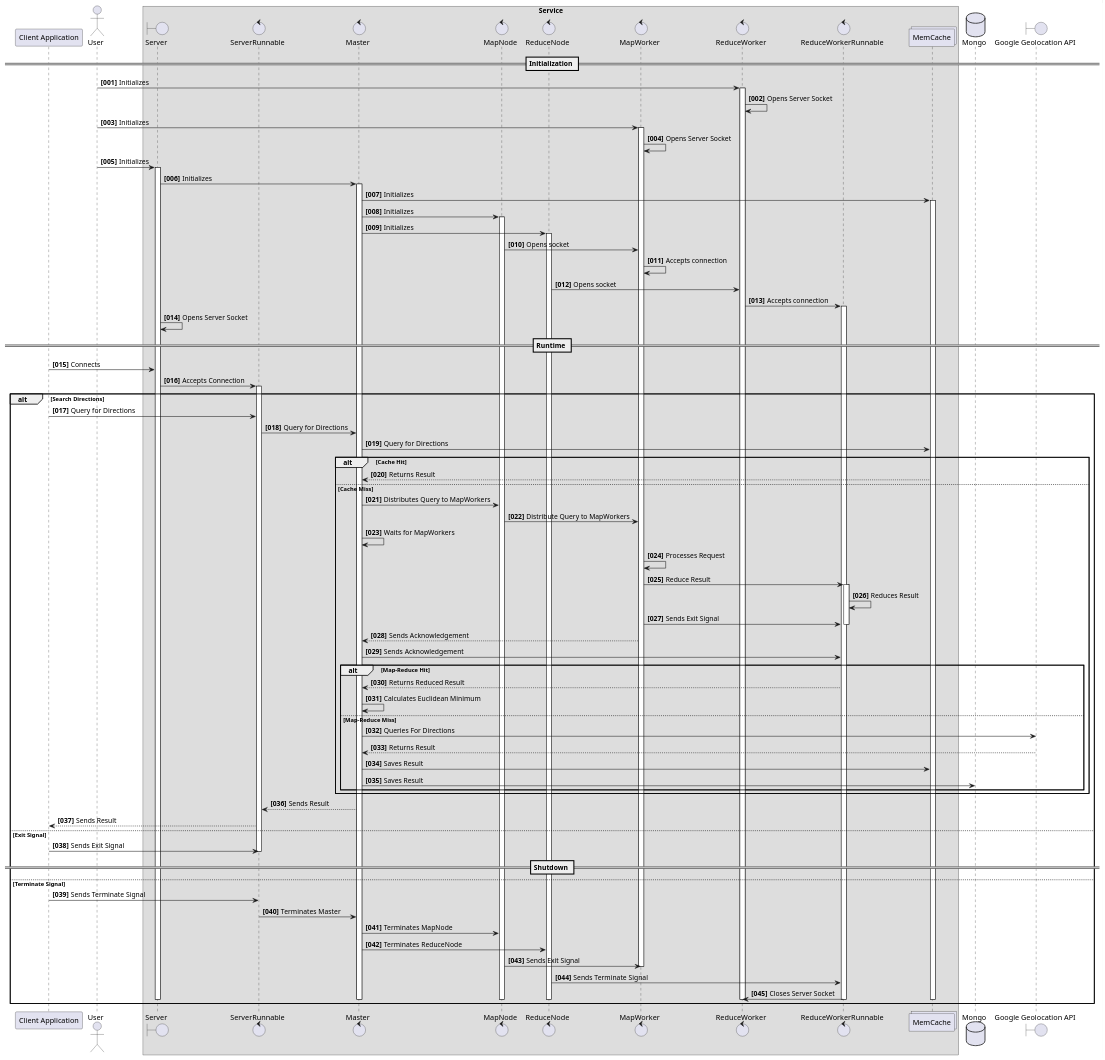
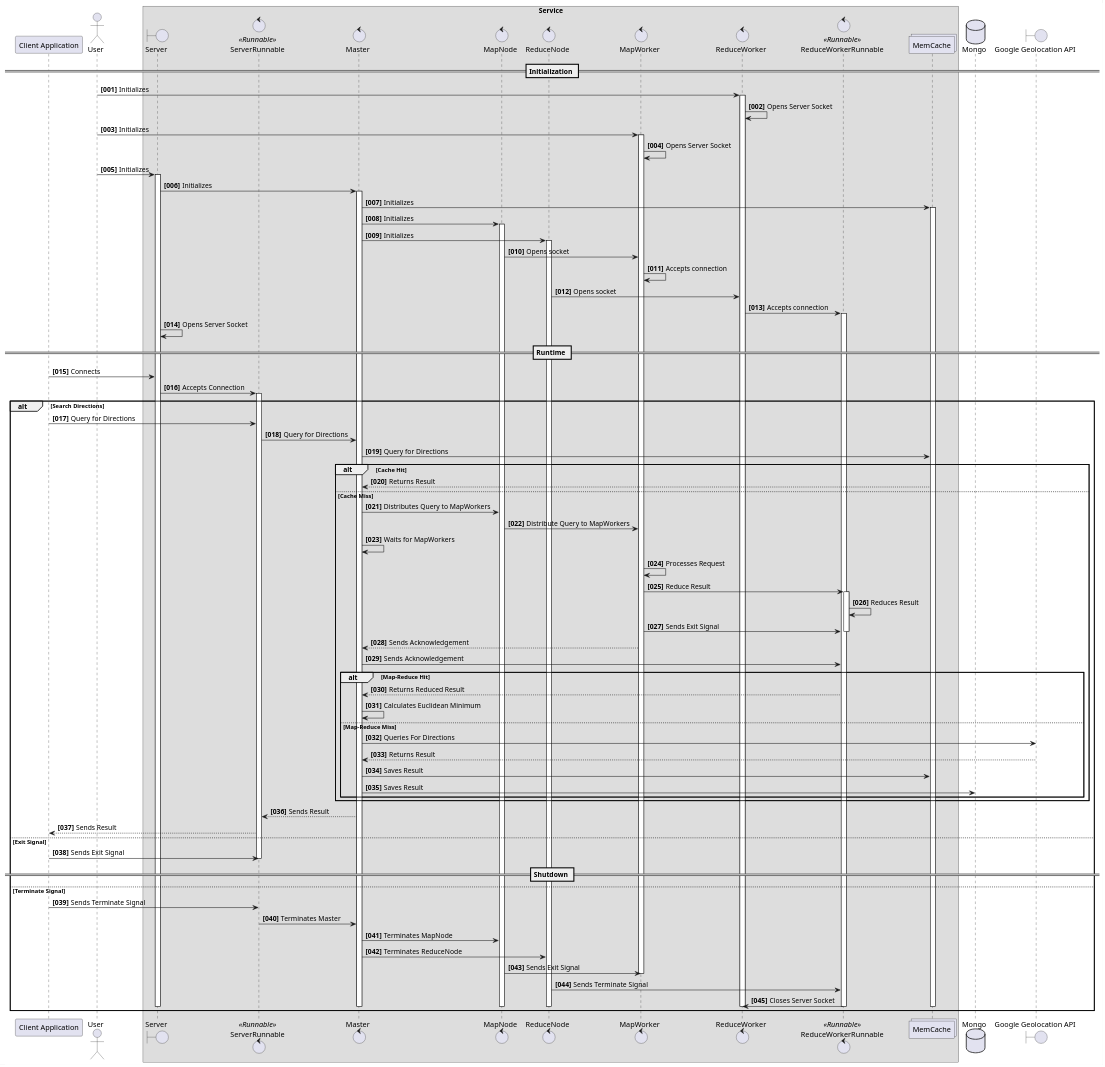
The diagram in diagrams/uml/sequence/lifecycle.plantuml (steve-papadogiannis/dist-sys-server-java), drawn with PlantUML before and after one commit.

Commit message:
Amending lifecycle diagram.

```diff
--- a/diagrams/uml/sequence/lifecycle.plantuml
+++ b/diagrams/uml/sequence/lifecycle.plantuml
@@ -1,161 +1,161 @@
 @startuml
 participant "Client Application" as Client
 actor User
 box Service
 boundary Server
-control ServerRunnable
+control ServerRunnable <<Runnable>>
 control Master
 control MapNode
 control ReduceNode
 control MapWorker
 control ReduceWorker
-control ReduceWorkerRunnable
+control ReduceWorkerRunnable <<Runnable>>
 collections MemCache
 end box
 database Mongo
 boundary "Google Geolocation API" as GGA
 autonumber "<b>[000]"
 
 == Initialization ==
 
 User -> ReduceWorker : Initializes
 activate ReduceWorker
 
 ReduceWorker -> ReduceWorker : Opens Server Socket
 
 User -> MapWorker : Initializes
 activate MapWorker
 
 MapWorker -> MapWorker : Opens Server Socket
 
 User -> Server: Initializes
 activate Server
 
 Server -> Master : Initializes
 activate Master
 
 Master -> MemCache : Initializes
 activate MemCache
 
 Master -> MapNode : Initializes
 activate MapNode
 
 Master -> ReduceNode : Initializes
 activate ReduceNode
 
 MapNode -> MapWorker : Opens socket
 
 MapWorker -> MapWorker : Accepts connection
 
 ReduceNode -> ReduceWorker : Opens socket
 
 ReduceWorker -> ReduceWorkerRunnable : Accepts connection
 activate ReduceWorkerRunnable
 
 Server -> Server : Opens Server Socket
 
 == Runtime ==
 
 Client -> Server : Connects
 
 Server -> ServerRunnable : Accepts Connection
 activate ServerRunnable
 
 alt Search Directions
 
 Client -> ServerRunnable : Query for Directions
 
 ServerRunnable -> Master : Query for Directions
 
 Master -> MemCache : Query for Directions
 
 alt Cache Hit
 
 MemCache --> Master : Returns Result
 
 else Cache Miss
 
 Master -> MapNode : Distributes Query to MapWorkers
 
 MapNode -> MapWorker : Distribute Query to MapWorkers
 
 Master -> Master : Waits for MapWorkers
 
 MapWorker -> MapWorker : Processes Request
 
 MapWorker -> ReduceWorkerRunnable : Reduce Result
 activate ReduceWorkerRunnable
 
 ReduceWorkerRunnable -> ReduceWorkerRunnable : Reduces Result
 
 MapWorker -> ReduceWorkerRunnable : Sends Exit Signal
 deactivate ReduceWorkerRunnable
 
 MapWorker --> Master : Sends Acknowledgement
 
 Master -> ReduceWorkerRunnable : Sends Acknowledgement
 
 alt Map-Reduce Hit
 
 ReduceWorkerRunnable --> Master : Returns Reduced Result
 
 Master -> Master : Calculates Euclidean Minimum
 
 else Map-Reduce Miss
 
 Master -> GGA : Queries For Directions
 
 GGA --> Master : Returns Result
 
 Master -> MemCache : Saves Result
 
 Master -> Mongo : Saves Result
 
 end
 
 end
 
 Master --> ServerRunnable : Sends Result
 
 ServerRunnable --> Client : Sends Result
 
 else Exit Signal
 
 Client -> ServerRunnable : Sends Exit Signal
 deactivate ServerRunnable
 
 == Shutdown ==
 
 else Terminate Signal
 
 Client -> ServerRunnable : Sends Terminate Signal
 
 ServerRunnable -> Master : Terminates Master
 
 Master -> MapNode : Terminates MapNode
 
 Master -> ReduceNode : Terminates ReduceNode
 
 MapNode -> MapWorker : Sends Exit Signal
 deactivate MapWorker
 
 ReduceNode -> ReduceWorkerRunnable : Sends Terminate Signal
 
 ReduceWorkerRunnable -> ReduceWorker : Closes Server Socket
 
 deactivate ReduceWorkerRunnable
 deactivate ReduceWorker
 
 deactivate ReduceNode
 deactivate MapNode
 deactivate MemCache
 deactivate Master
 
 deactivate ServerRunnable
 
 deactivate Server
 
 end
 
 
 @enduml
```
